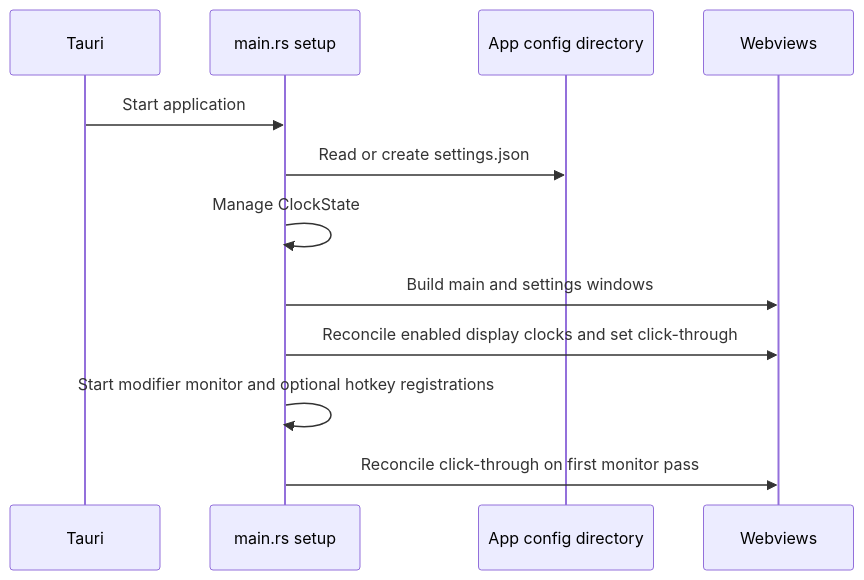
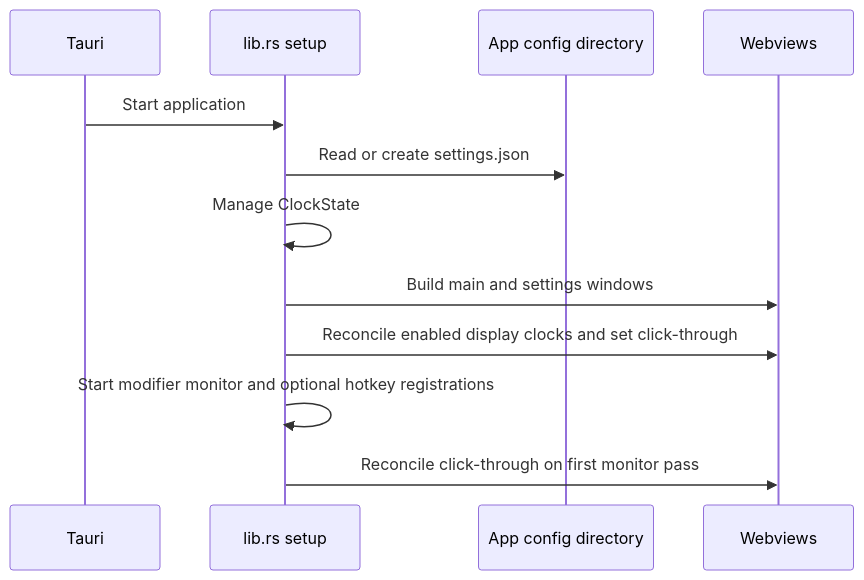
The second of 2 diagrams in src-tauri/doc/workflow_diagram.md (tbkmax/TopClock), drawn with Mermaid before and after one commit. The commit also changed other lines of this file and 19 other files, not shown here.

````diff
--- a/src-tauri/doc/workflow_diagram.md
+++ b/src-tauri/doc/workflow_diagram.md
@@ -35,14 +35,14 @@
 ```mermaid
 sequenceDiagram
     participant Tauri
-    participant Rust as main.rs setup
+    participant Rust as lib.rs setup
     participant Disk as App config directory
     participant UI as Webviews
     Tauri->>Rust: Start application
     Rust->>Disk: Read or create settings.json
     Rust->>Rust: Manage ClockState
     Rust->>UI: Build main and settings windows
     Rust->>UI: Reconcile enabled display clocks and set click-through
     Rust->>Rust: Start modifier monitor and optional hotkey registrations
     Rust->>UI: Reconcile click-through on first monitor pass
 ```
````
